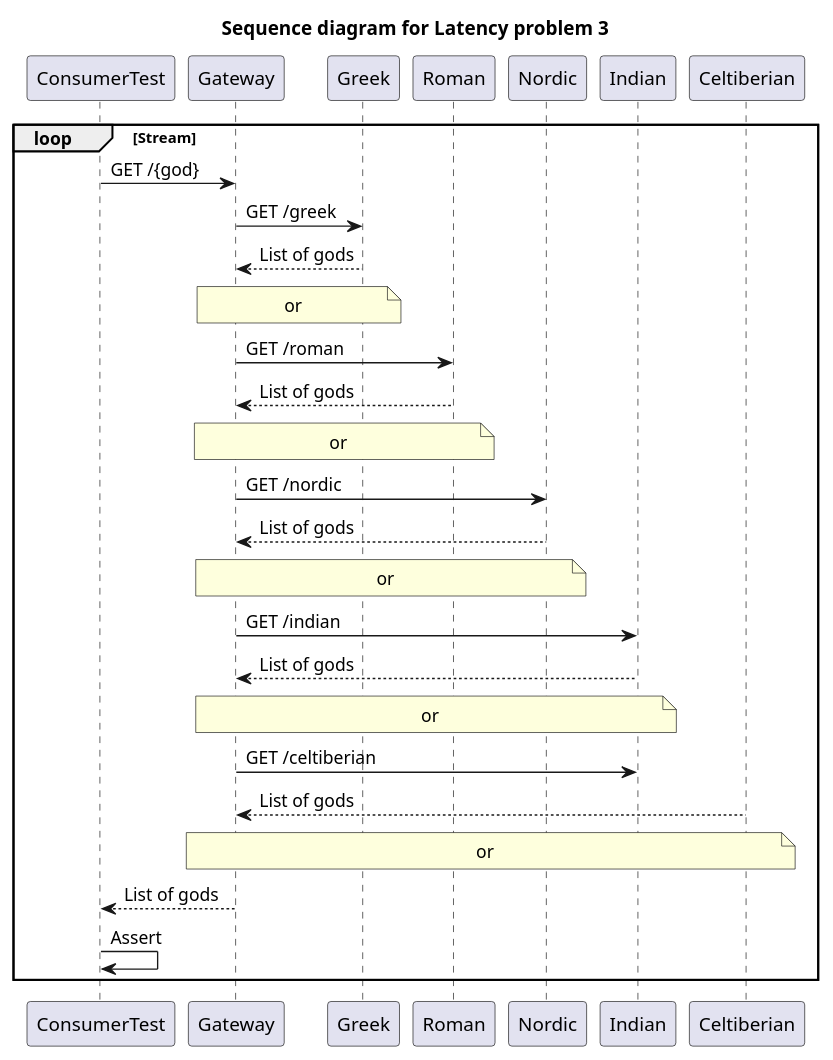
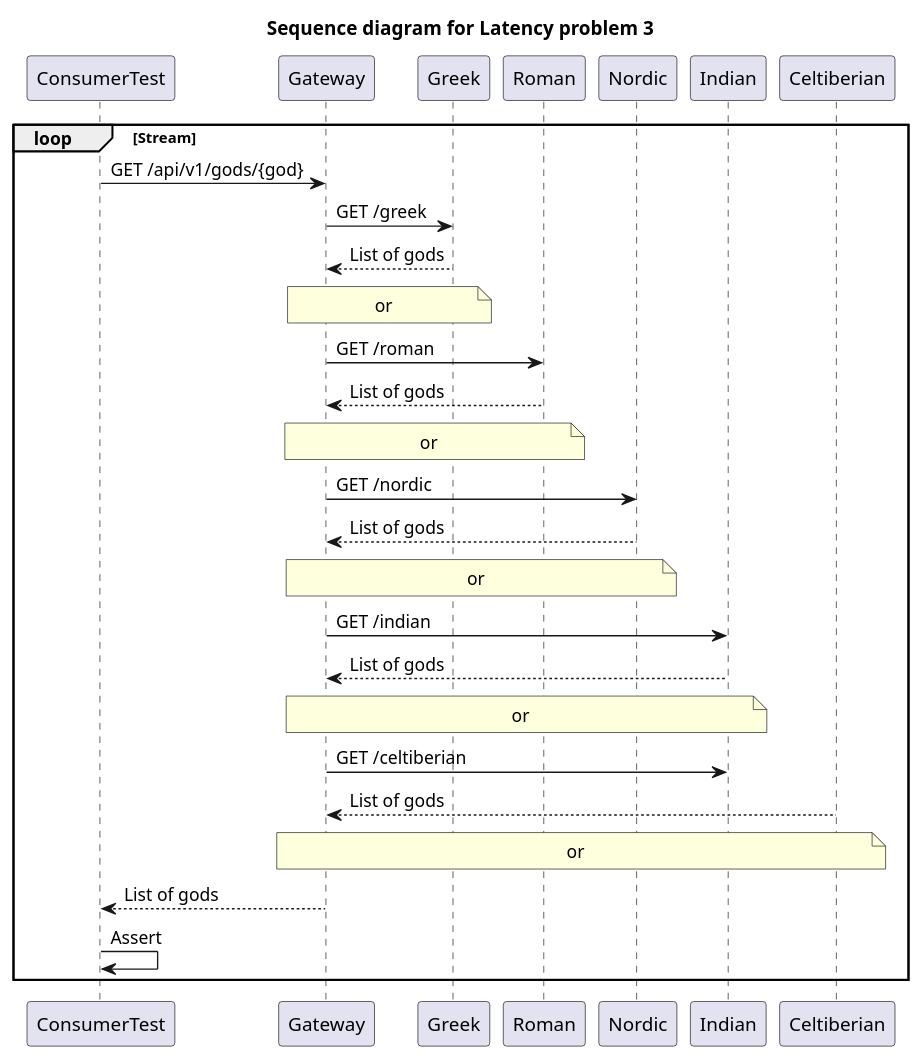
The diagram in docs/problem3/secuence-diagram-latency-problem3.plantuml (jabrena/cursor-rules-examples), drawn with PlantUML before and after one commit. The commit also changed 5 other files, not shown here.

```diff
--- a/docs/problem3/secuence-diagram-latency-problem3.plantuml
+++ b/docs/problem3/secuence-diagram-latency-problem3.plantuml
@@ -1,39 +1,39 @@
 @startuml
 title Sequence diagram for Latency problem 3
 
 participant ConsumerTest
 participant Gateway
 participant Greek
 participant Roman
 participant Nordic
 participant Indian
 participant Celtiberian
 
 loop Stream
-    ConsumerTest -> Gateway: GET /{god}
+    ConsumerTest -> Gateway: GET /api/v1/gods/{god}
 
     Gateway -> Greek: GET /greek
     Greek --> Gateway: List of gods
     note over Gateway, Greek: or
 
     Gateway -> Roman: GET /roman
     Roman --> Gateway: List of gods
     note over Gateway, Roman: or
 
     Gateway -> Nordic: GET /nordic
     Nordic --> Gateway: List of gods
     note over Gateway, Nordic: or
 
     Gateway -> Indian: GET /indian
     Indian --> Gateway: List of gods
     note over Gateway, Indian: or
 
     Gateway -> Indian: GET /celtiberian
     Celtiberian --> Gateway: List of gods
     note over Gateway, Celtiberian: or
 
     Gateway --> ConsumerTest: List of gods
 
     ConsumerTest -> ConsumerTest: Assert
 end loop
 @enduml
```
